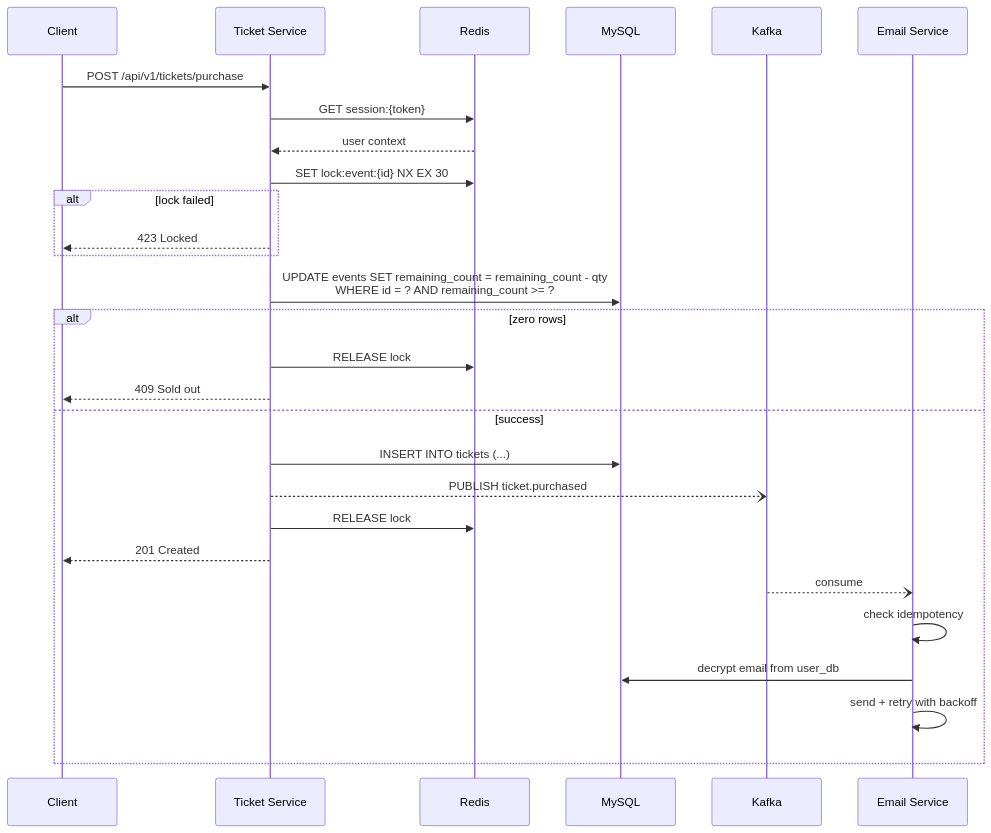
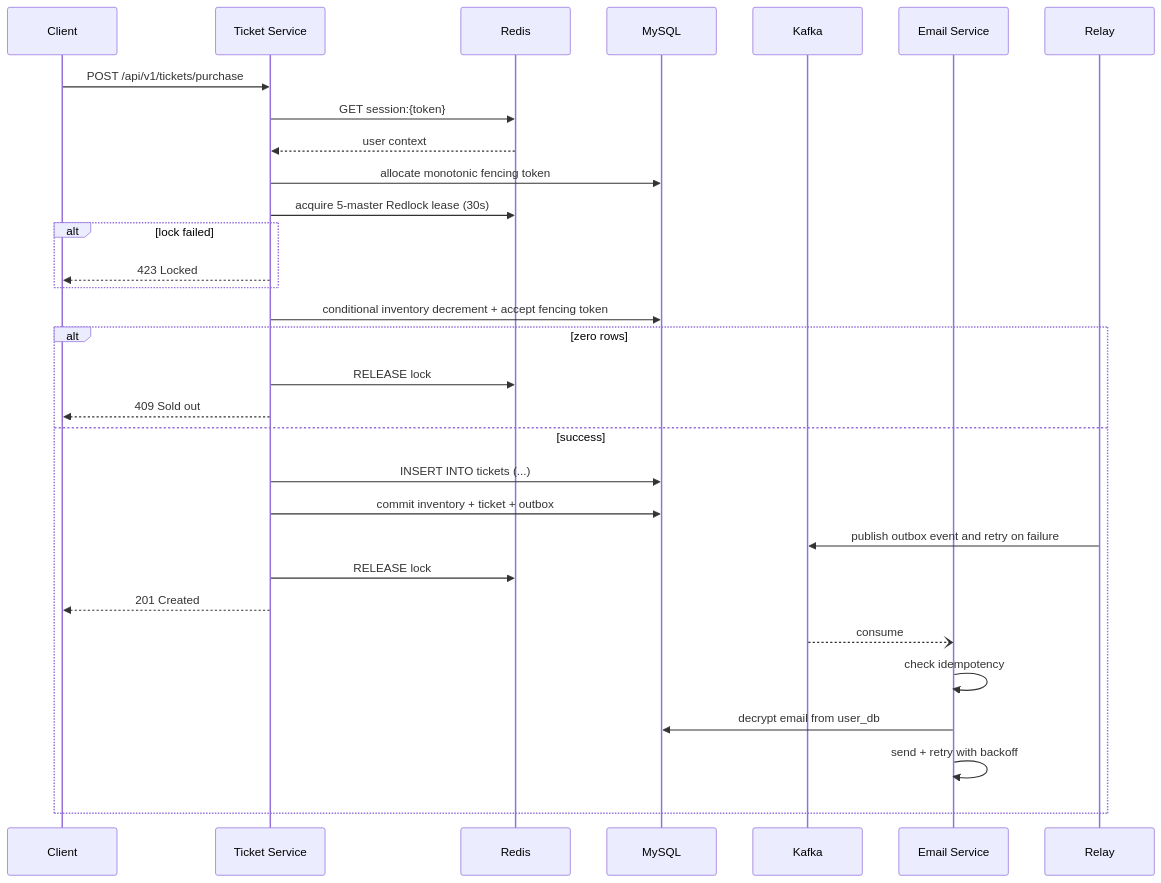
The diagram in wiki/overview.md (RyanOngWK/Event-Ticket-Booking-Platform), drawn with Mermaid before and after one commit. The commit also changed other lines of this file and 29 other files, not shown here.

Commit message:
added redlock, fencing token, atomic update

````diff
--- a/wiki/overview.md
+++ b/wiki/overview.md
@@ -28,34 +28,36 @@
 ```mermaid
 sequenceDiagram
     participant Client
     participant Ticket as Ticket Service
     participant Redis
     participant MySQL
     participant Kafka
     participant Email as Email Service
 
     Client->>Ticket: POST /api/v1/tickets/purchase
     Ticket->>Redis: GET session:{token}
     Redis-->>Ticket: user context
 
-    Ticket->>Redis: SET lock:event:{id} NX EX 30
+    Ticket->>MySQL: allocate monotonic fencing token
+    Ticket->>Redis: acquire 5-master Redlock lease (30s)
     alt lock failed
         Ticket-->>Client: 423 Locked
     end
 
-    Ticket->>MySQL: UPDATE events SET remaining_count = remaining_count - qty<br/>WHERE id = ? AND remaining_count >= ?
+    Ticket->>MySQL: conditional inventory decrement + accept fencing token
     alt zero rows
         Ticket->>Redis: RELEASE lock
         Ticket-->>Client: 409 Sold out
     else success
         Ticket->>MySQL: INSERT INTO tickets (...)
-        Ticket--)Kafka: PUBLISH ticket.purchased
+        Ticket->>MySQL: commit inventory + ticket + outbox
+        Relay->>Kafka: publish outbox event and retry on failure
         Ticket->>Redis: RELEASE lock
         Ticket-->>Client: 201 Created
 
         Kafka--)Email: consume
         Email->>Email: check idempotency
         Email->>MySQL: decrypt email from user_db
         Email->>Email: send + retry with backoff
     end
 ```
````
